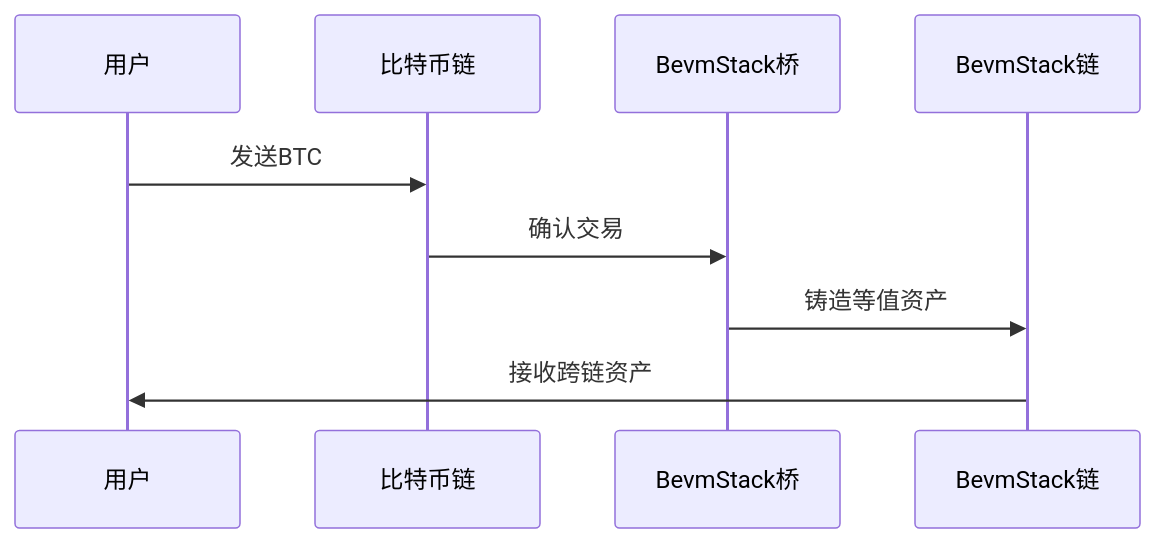
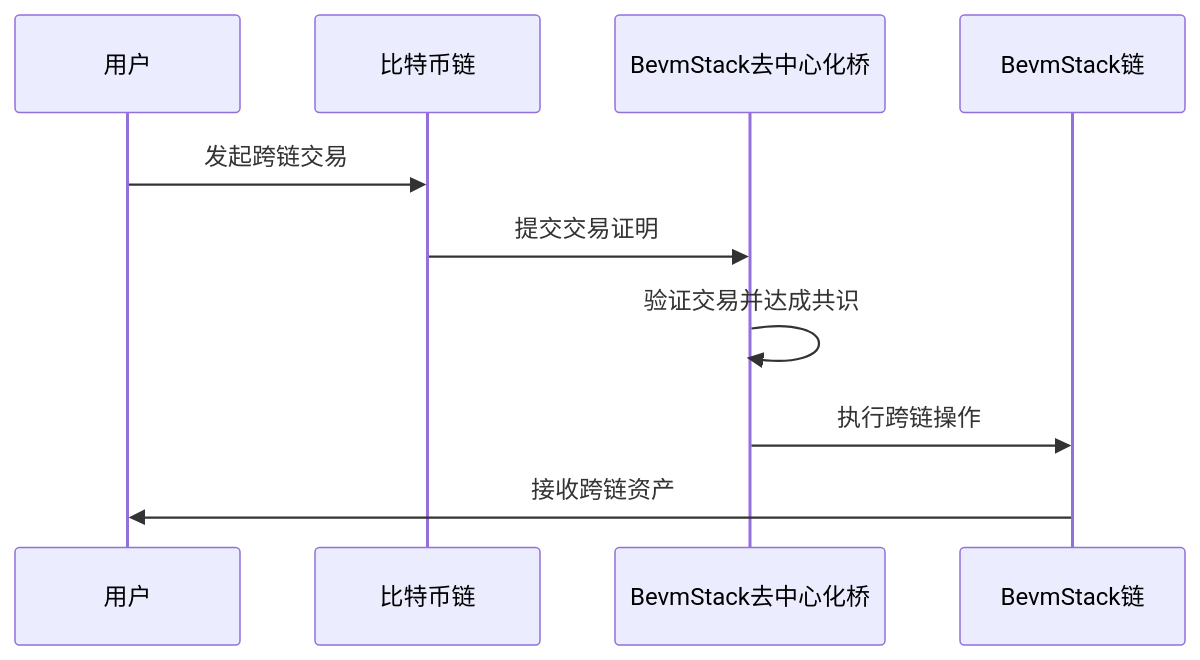
One commit to btclayer2/BEVM-Stack changed the fourth of 8 diagrams in README-cn.md. Above: the diagram before and after it, drawn with Mermaid. The commit also changed other lines of this file, not shown here.

````diff
--- a/README-cn.md
+++ b/README-cn.md
@@ -154,12 +155,13 @@
 ```mermaid
 sequenceDiagram
   participant 用户
   participant 比特币链
-  participant BevmStack桥
+  participant BevmStack去中心化桥
   participant BevmStack链
 
-  用户->>比特币链: 发送BTC
-  比特币链->>BevmStack桥: 确认交易
-  BevmStack桥->>BevmStack链: 铸造等值资产
+  用户->>比特币链: 发起跨链交易
+  比特币链->>BevmStack去中心化桥: 提交交易证明
+  BevmStack去中心化桥->>BevmStack去中心化桥: 验证交易并达成共识
+  BevmStack去中心化桥->>BevmStack链: 执行跨链操作
   BevmStack链->>用户: 接收跨链资产
 ```
````
